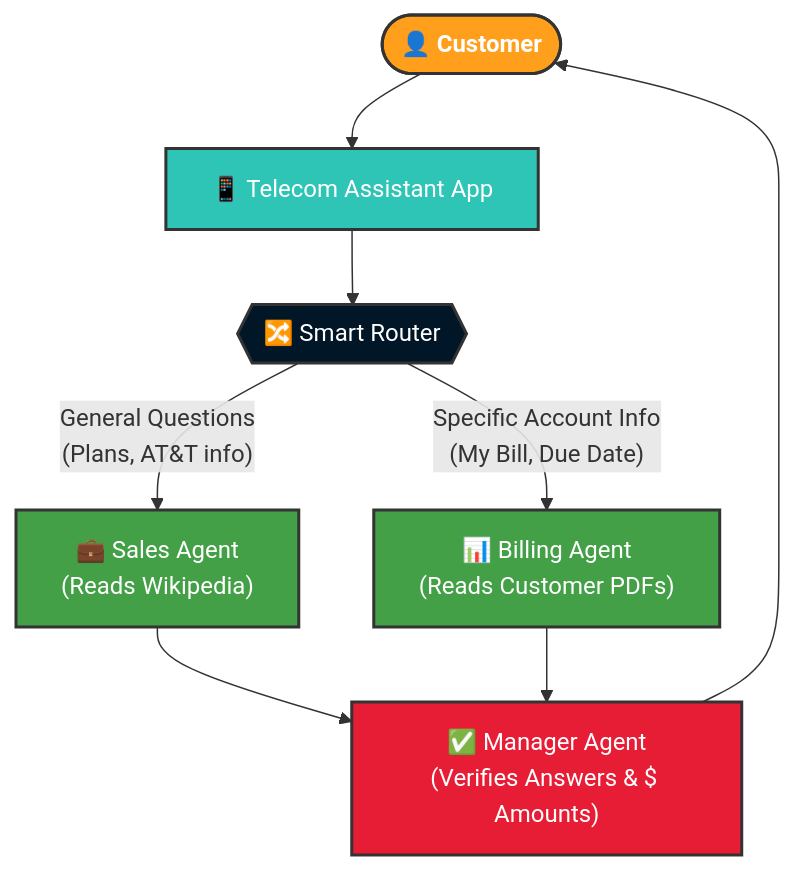
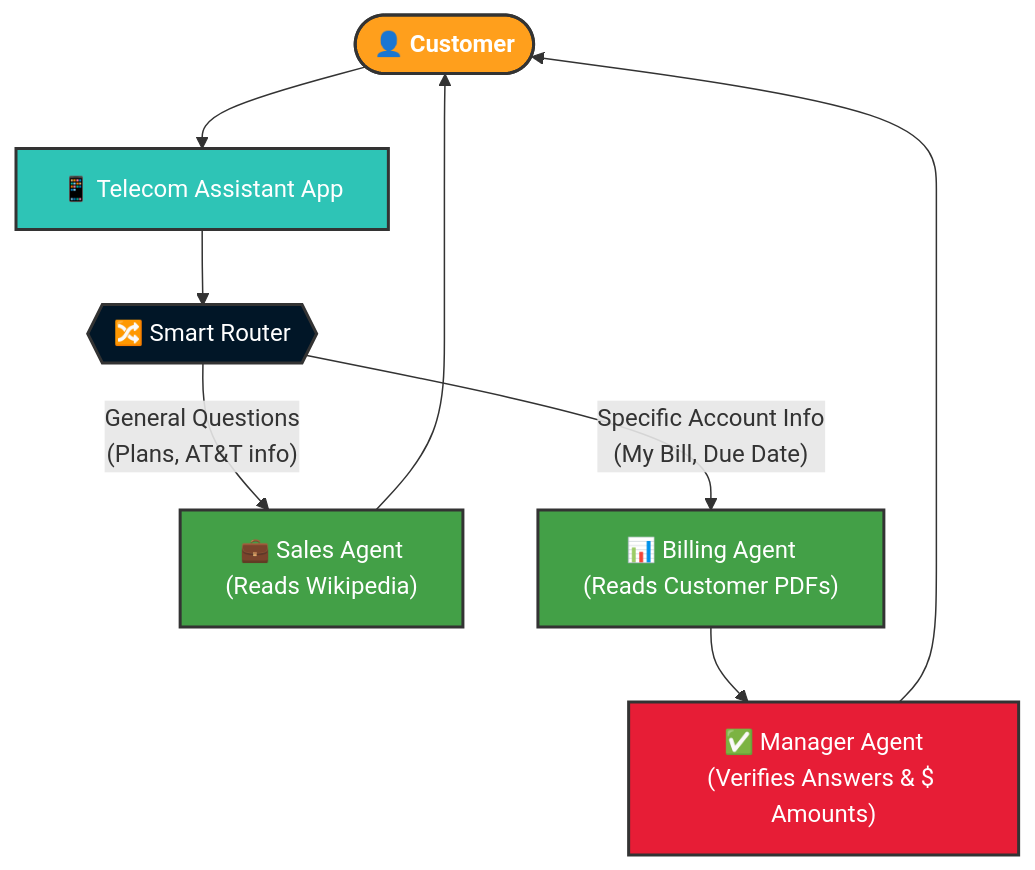
The first of 2 diagrams in README.md (satbecse/telecom-billing-agentic-ai), drawn with Mermaid before and after one commit. The commit also changed other lines of this file, not shown here.

Commit message:
docs: Correct architecture diagrams to show SalesAgent bypasses Manager

````diff
--- a/README.md
+++ b/README.md
@@ -22,20 +22,20 @@
 ```mermaid
 graph TD
     %% Styling
     classDef user fill:#FF9F1C,stroke:#333,stroke-width:2px,color:#fff,font-weight:bold
     classDef app fill:#2EC4B6,stroke:#333,stroke-width:2px,color:#fff
     classDef router fill:#011627,stroke:#333,stroke-width:2px,color:#fff,shape:hexagon
     classDef agent fill:#43A047,stroke:#333,stroke-width:2px,color:#fff,shape:rect
     classDef manager fill:#E71D36,stroke:#333,stroke-width:2px,color:#fff,shape:rect
 
     User([👤 Customer]):::user --> App[📱 Telecom Assistant App]:::app
     App --> Router{{🔀 Smart Router}}:::router
     
     Router -- "General Questions\n(Plans, AT&T info)" --> Sales["💼 Sales Agent\n(Reads Wikipedia)"]:::agent
     Router -- "Specific Account Info\n(My Bill, Due Date)" --> Billing["📊 Billing Agent\n(Reads Customer PDFs)"]:::agent
     
-    Sales --> QA["✅ Manager Agent\n(Verifies Answers & $ Amounts)"]:::manager
-    Billing --> QA
+    Sales --> User
+    Billing --> QA["✅ Manager Agent\n(Verifies Answers & $ Amounts)"]:::manager
     
     QA --> User
 ```
````
